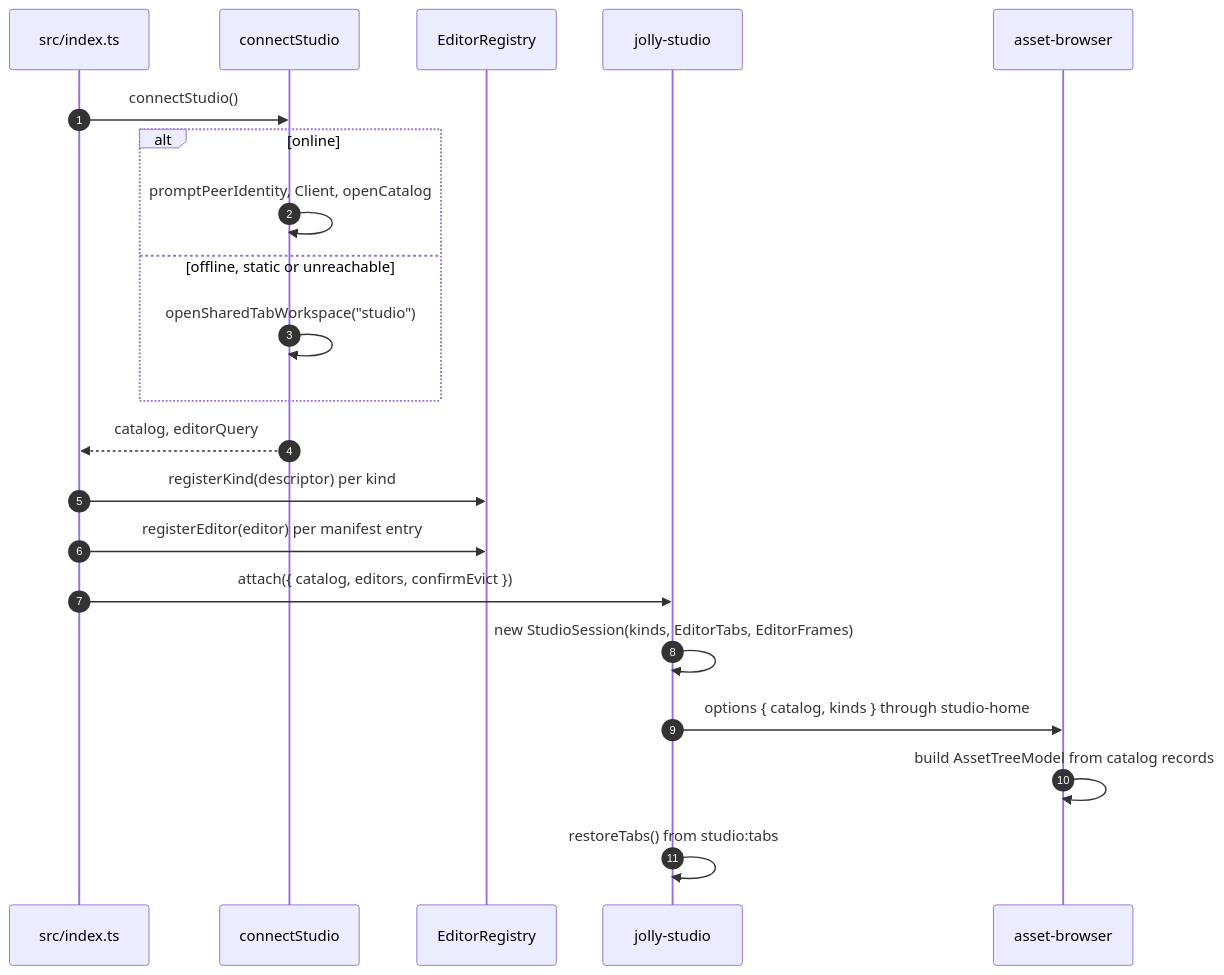
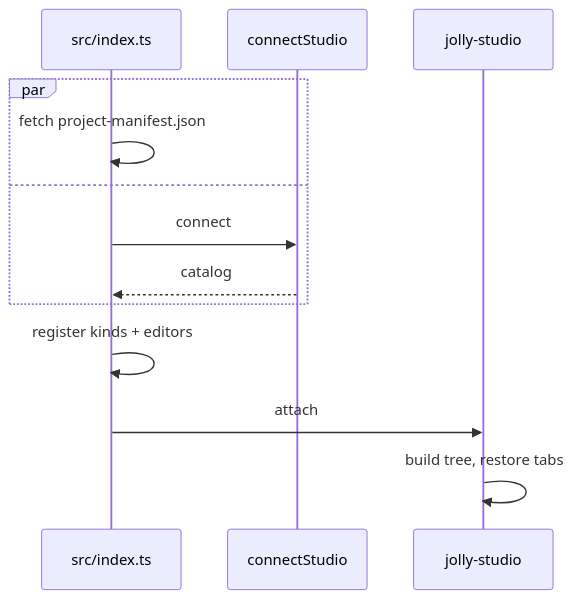
Before and after one commit to JollyPixel/editor: the third of 6 diagrams in packages/studio/ARCHITECTURE.md, drawn with Mermaid. The commit also changed other lines of this file and 54 other files, not shown here.

Commit message:
feat(studio): load editors with node_modules

````diff
--- a/packages/studio/ARCHITECTURE.md
+++ b/packages/studio/ARCHITECTURE.md
@@ -98,24 +67,15 @@
 ```mermaid
 sequenceDiagram
-  autonumber
   participant I as src/index.ts
   participant C as connectStudio
-  participant R as EditorRegistry
   participant S as jolly-studio
-  participant B as asset-browser
-
-  I->>C: connectStudio()
-  alt online
-    C->>C: promptPeerIdentity, Client, openCatalog
-  else offline, static or unreachable
-    C->>C: openSharedTabWorkspace("studio")
+  par
+    I->>I: fetch project-manifest.json
+  and
+    I->>C: connect
+    C-->>I: catalog
   end
-  C-->>I: catalog, editorQuery
-  I->>R: registerKind(descriptor) per kind
-  I->>R: registerEditor(editor) per manifest entry
-  I->>S: attach({ catalog, editors, confirmEvict })
-  S->>S: new StudioSession(kinds, EditorTabs, EditorFrames)
-  S->>B: options { catalog, kinds } through studio-home
-  B->>B: build AssetTreeModel from catalog records
-  S->>S: restoreTabs() from studio:tabs
+  I->>I: register kinds + editors
+  I->>S: attach
+  S->>S: build tree, restore tabs
 ```
````
